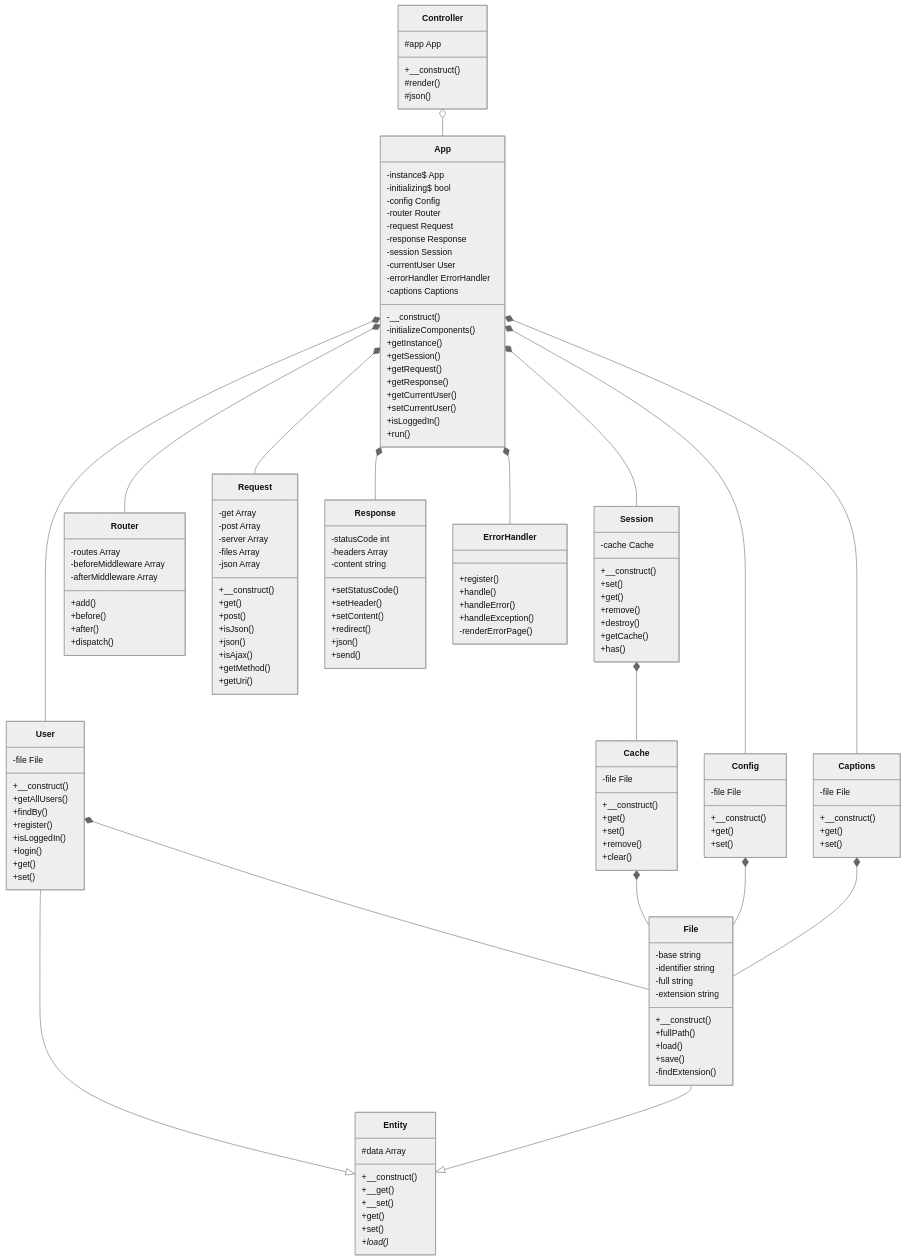
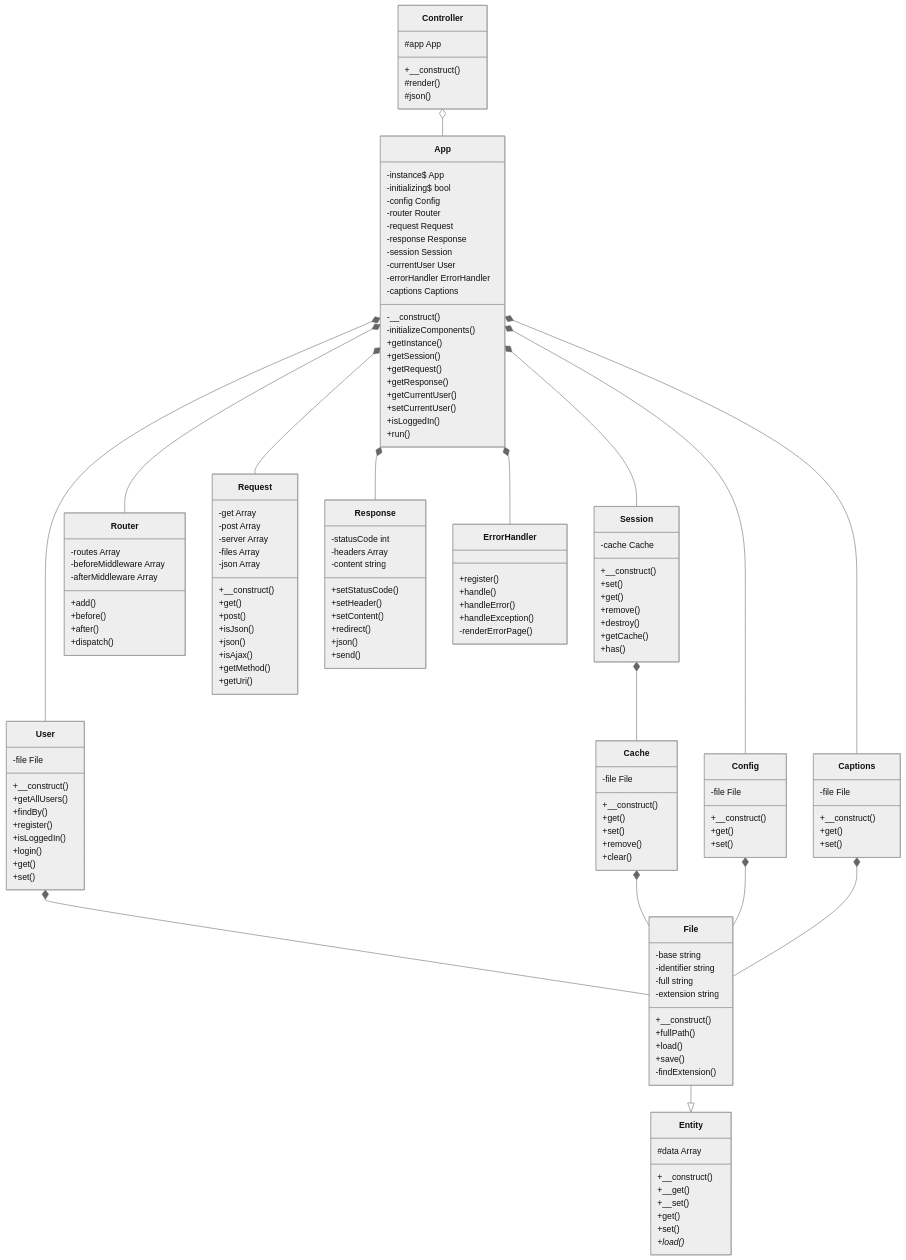
Before and after one commit to walter-a-jablonowski/mini-frm: the diagram in misc/framework_class_diagram.mermaid, drawn with Mermaid (neutral theme).

Commit message:
Minor fix

```diff
--- a/misc/framework_class_diagram.mermaid
+++ b/misc/framework_class_diagram.mermaid
@@ -1,161 +1,160 @@
 classDiagram
     class App {
         -instance$ App
         -initializing$ bool
         -config Config
         -router Router
         -request Request
         -response Response
         -session Session
         -currentUser User
         -errorHandler ErrorHandler
         -captions Captions
         -__construct()
         -initializeComponents()
         +getInstance()
         +getSession()
         +getRequest()
         +getResponse()
         +getCurrentUser()
         +setCurrentUser()
         +isLoggedIn()
         +run()
     }
 
     class User {
         -file File
         +__construct()
         +getAllUsers()
         +findBy()
         +register()
         +isLoggedIn()
         +login()
         +get()
         +set()
     }
 
     class File {
         -base string
         -identifier string
         -full string
         -extension string
         +__construct()
         +fullPath()
         +load()
         +save()
         -findExtension()
     }
 
     class Session {
         -cache Cache
         +__construct()
         +set()
         +get()
         +remove()
         +destroy()
         +getCache()
         +has()
     }
 
     class Router {
         -routes Array
         -beforeMiddleware Array
         -afterMiddleware Array
         +add()
         +before()
         +after()
         +dispatch()
     }
 
     class Request {
         -get Array
         -post Array
         -server Array
         -files Array
         -json Array
         +__construct()
         +get()
         +post()
         +isJson()
         +json()
         +isAjax()
         +getMethod()
         +getUri()
     }
 
     class Response {
         -statusCode int
         -headers Array
         -content string
         +setStatusCode()
         +setHeader()
         +setContent()
         +redirect()
         +json()
         +send()
     }
 
     class Config {
         -file File
         +__construct()
         +get()
         +set()
     }
 
     class ErrorHandler {
         +register()
         +handle()
         +handleError()
         +handleException()
         -renderErrorPage()
     }
 
     class Captions {
         -file File
         +__construct()
         +get()
         +set()
     }
 
     class Cache {
         -file File
         +__construct()
         +get()
         +set()
         +remove()
         +clear()
     }
 
     class Controller {
         #app App
         +__construct()
         #render()
         #json()
     }
 
     class Entity {
         #data Array
         +__construct()
         +__get()
         +__set()
         +get()
         +set()
         +load()*
     }
 
     App *-- Config
     App *-- Router
     App *-- Request
     App *-- Response
     App *-- Session
     App *-- User
     App *-- ErrorHandler
     App *-- Captions
     User *-- File
     Cache *-- File
     Config *-- File
     Captions *-- File
     Controller o-- App
     Session *-- Cache
-    User --|> Entity
     File --|> Entity
```
